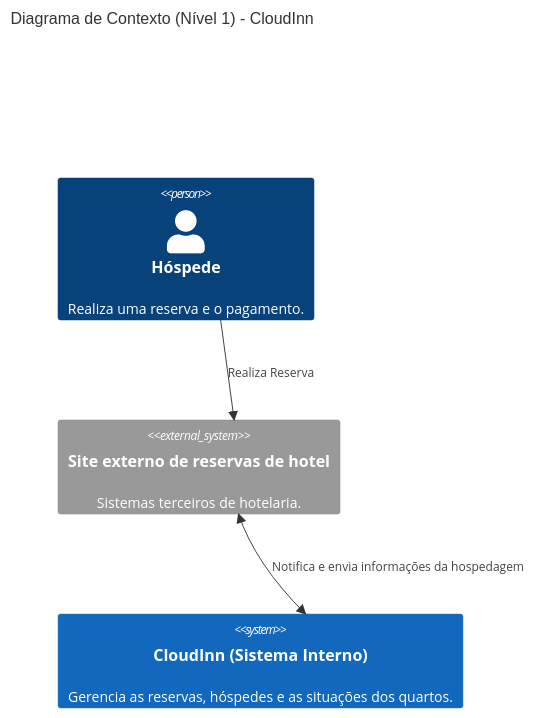
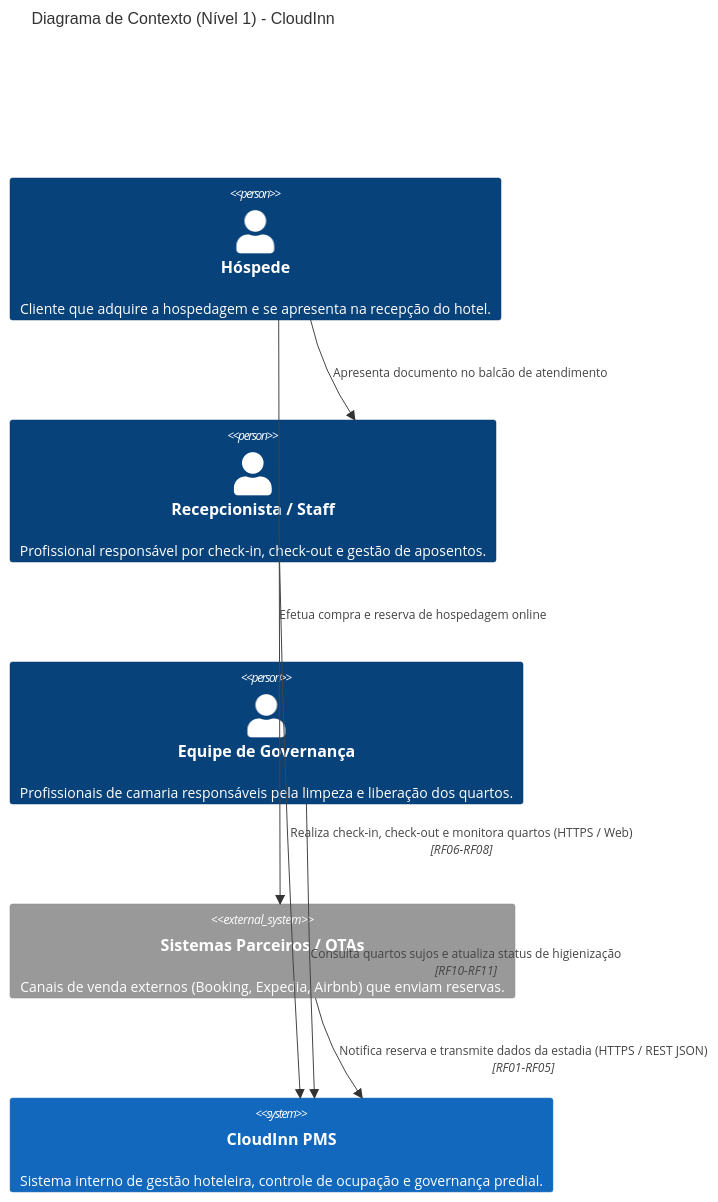
Before and after one commit to LucasAioriaSerpa/CloudInn: the first of 8 diagrams in doc/arc42-arquitetura-sistemica-cloudInn.md, drawn with Mermaid. The commit also changed other lines of this file and 3 other files, not shown here.

First line of the commit message:
docs: update arc42 documentation and architecture

````diff
--- a/doc/arc42-arquitetura-sistemica-cloudInn.md
+++ b/doc/arc42-arquitetura-sistemica-cloudInn.md
@@ -79,13 +94,20 @@
 ```mermaid
 C4Context
     title Diagrama de Contexto (Nível 1) - CloudInn
 
-    Person(hospede, "Hóspede", "Realiza uma reserva e o pagamento.")
-    System_Ext(Sistema_parceiro, "Site externo de reservas de hotel", "Sistemas terceiros de hotelaria.")
-    System(Sistema_interno_hoteleiro, "CloudInn (Sistema Interno)", "Gerencia as reservas, hóspedes e as situações dos quartos.")
+    Person(hospede, "Hóspede", "Cliente que adquire a hospedagem e se apresenta na recepção do hotel.")
+    Person(recepcionista, "Recepcionista / Staff", "Profissional responsável por check-in, check-out e gestão de aposentos.")
+    Person(governanca, "Equipe de Governança", "Profissionais de camaria responsáveis pela limpeza e liberação dos quartos.")
+    
+    System_Ext(parceiro, "Sistemas Parceiros / OTAs", "Canais de venda externos (Booking, Expedia, Airbnb) que enviam reservas.")
+    
+    System(cloudinn, "CloudInn PMS", "Sistema interno de gestão hoteleira, controle de ocupação e governança predial.")
 
-    Rel(hospede, Sistema_parceiro, "Realiza Reserva")
-    BiRel(Sistema_parceiro, Sistema_interno_hoteleiro, "Notifica e envia informações da hospedagem")
+    Rel(hospede, parceiro, "Efetua compra e reserva de hospedagem online")
+    Rel(parceiro, cloudinn, "Notifica reserva e transmite dados da estadia (HTTPS / REST JSON)", "RF01-RF05")
+    Rel(recepcionista, cloudinn, "Realiza check-in, check-out e monitora quartos (HTTPS / Web)", "RF06-RF08")
+    Rel(governanca, cloudinn, "Consulta quartos sujos e atualiza status de higienização", "RF10-RF11")
+    Rel(hospede, recepcionista, "Apresenta documento no balcão de atendimento")
 
-    UpdateLayoutConfig($c4ShapeInRow="1", $c4BoundaryInRow="1")
+    UpdateLayoutConfig($c4ShapeInRow="3", $c4BoundaryInRow="2")
 ```
````
